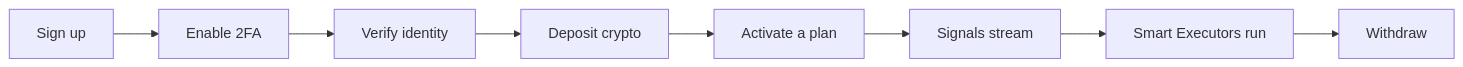
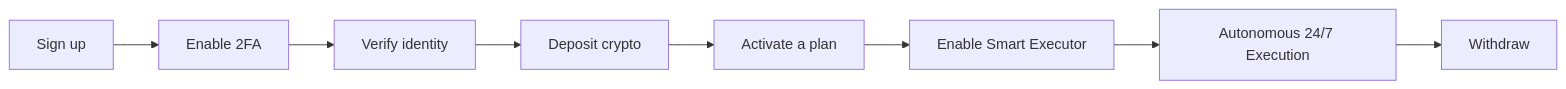
Before and after one commit to rempprandy/docs: the diagram in index.mdx, drawn with Mermaid. The commit also changed 1 other file, not shown here.

Commit message:
fix(diagram): resolve sequence diagram overlap with clean autonomous loop block and update overview flowchart

````diff
--- a/index.mdx
+++ b/index.mdx
@@ -27,10 +27,10 @@
 ```mermaid
 flowchart LR
     A[Sign up] --> B[Enable 2FA]
     B --> C[Verify identity]
     C --> D[Deposit crypto]
     D --> E[Activate a plan]
-    E --> F[Signals stream]
-    F --> G[Smart Executors run]
+    E --> F[Enable Smart Executor]
+    F --> G[Autonomous 24/7 Execution]
     G --> H[Withdraw]
 ```
````
